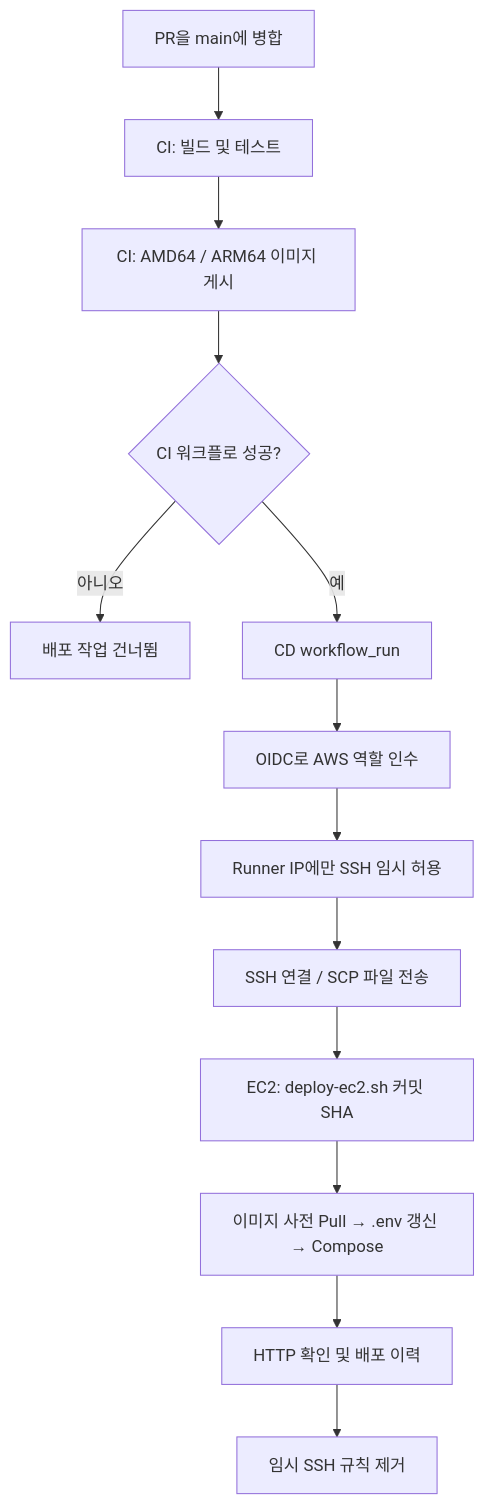
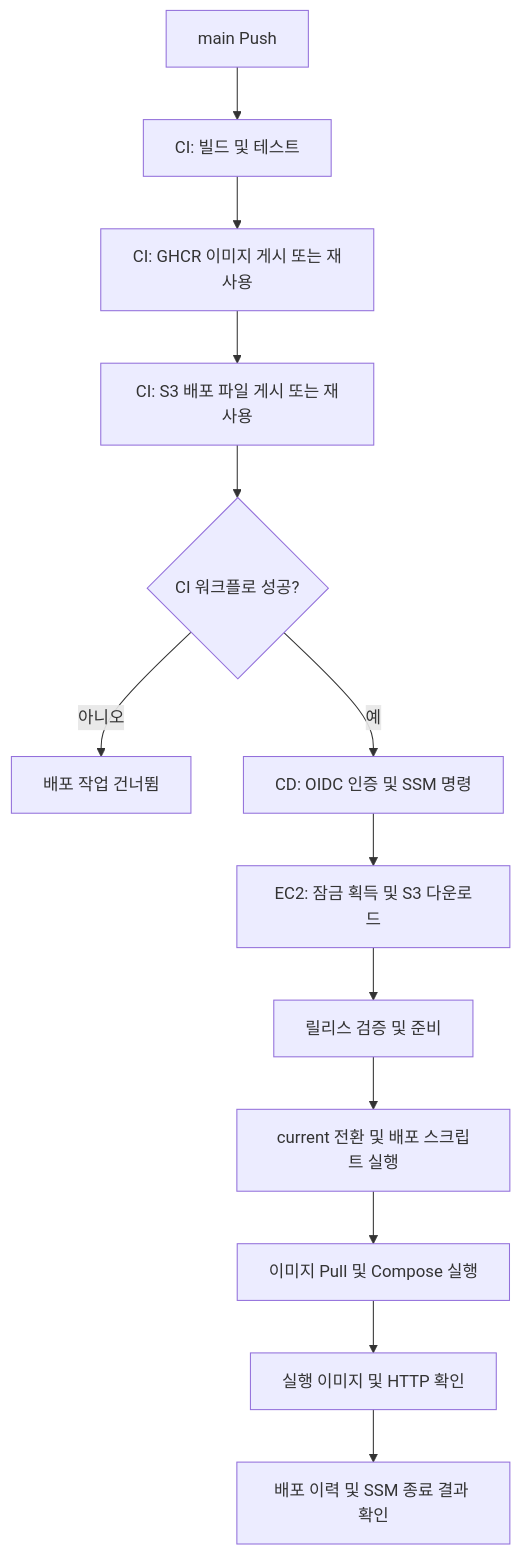
Before and after one commit to pickylemon/myshelf: the diagram in docs/learning/infrastructure/github-actions-cd.md, drawn with Mermaid. The commit also changed other lines of this file and 10 other files, not shown here.

````diff
--- a/docs/learning/infrastructure/github-actions-cd.md
+++ b/docs/learning/infrastructure/github-actions-cd.md
@@ -25,15 +31,15 @@
 ```mermaid
 flowchart TD
-    A[PR을 main에 병합] --> B[CI: 빌드 및 테스트]
-    B --> C[CI: AMD64 / ARM64 이미지 게시]
-    C --> D{CI 워크플로 성공?}
-    D -- 아니오 --> X[배포 작업 건너뜀]
-    D -- 예 --> E[CD workflow_run]
-    E --> F[OIDC로 AWS 역할 인수]
-    F --> G[Runner IP에만 SSH 임시 허용]
-    G --> H[SSH 연결 / SCP 파일 전송]
-    H --> I[EC2: deploy-ec2.sh 커밋 SHA]
-    I --> J[이미지 사전 Pull → .env 갱신 → Compose]
-    J --> K[HTTP 확인 및 배포 이력]
-    K --> L[임시 SSH 규칙 제거]
+    A[main Push] --> B[CI: 빌드 및 테스트]
+    B --> C[CI: GHCR 이미지 게시 또는 재사용]
+    C --> D[CI: S3 배포 파일 게시 또는 재사용]
+    D --> E{CI 워크플로 성공?}
+    E -- 아니오 --> X[배포 작업 건너뜀]
+    E -- 예 --> F[CD: OIDC 인증 및 SSM 명령]
+    F --> G[EC2: 잠금 획득 및 S3 다운로드]
+    G --> H[릴리스 검증 및 준비]
+    H --> I[current 전환 및 배포 스크립트 실행]
+    I --> J[이미지 Pull 및 Compose 실행]
+    J --> K[실행 이미지 및 HTTP 확인]
+    K --> L[배포 이력 및 SSM 종료 결과 확인]
 ```
````
